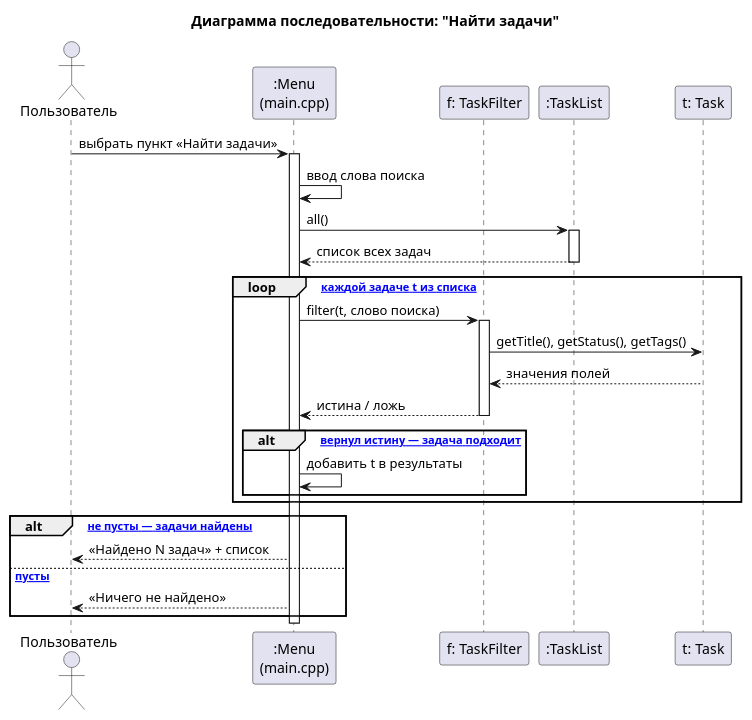
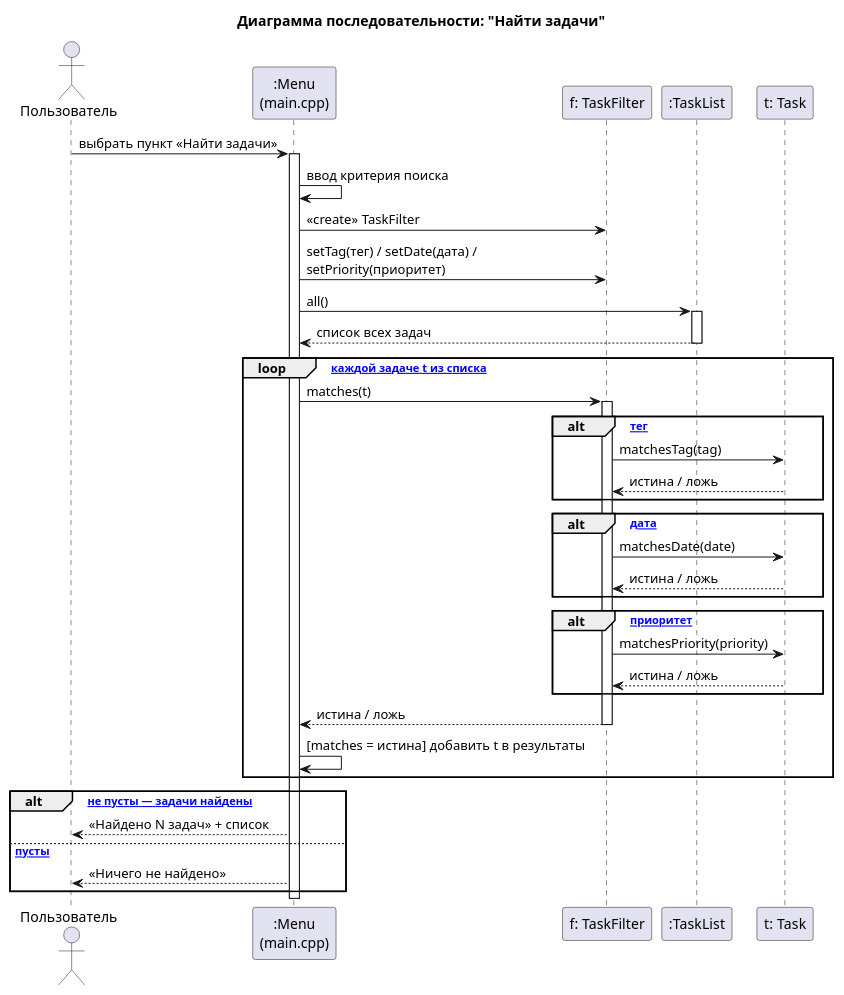
The diagram in docs/uml/04_seq_search.puml (Ruslan1209/TaskFlow), drawn with PlantUML before and after one commit.

```diff
--- a/docs/uml/04_seq_search.puml
+++ b/docs/uml/04_seq_search.puml
@@ -1,38 +1,47 @@
 @startuml 04_seq_search
 title Диаграмма последовательности: "Найти задачи"
 
 actor Пользователь as U
 participant ":Menu\n(main.cpp)" as M
 participant "f: TaskFilter" as F
 participant ":TaskList" as L
 participant "t: Task" as T
 
-
 U -> M : выбрать пункт «Найти задачи»
 activate M
-M -> M : ввод слова поиска
+M -> M : ввод критерия поиска
+M -> F : <<create>> TaskFilter
+M -> F : setTag(тег) / setDate(дата) /\nsetPriority(приоритет)
 
 M -> L : all()
 activate L
 L --> M : список всех задач
 deactivate L
 
 loop [по каждой задаче t из списка]
-  M -> F : filter(t, слово поиска)
+  M -> F : matches(t)
   activate F
-  F -> T : getTitle(), getStatus(), getTags()
-  T --> F : значения полей
+  alt [задан тег]
+    F -> T : matchesTag(tag)
+    T --> F : истина / ложь
+  end
+  alt [задана дата]
+    F -> T : matchesDate(date)
+    T --> F : истина / ложь
+  end
+  alt [задан приоритет]
+    F -> T : matchesPriority(priority)
+    T --> F : истина / ложь
+  end
   F --> M : истина / ложь
   deactivate F
-  alt [фильтр вернул истину — задача подходит]
-    M -> M : добавить t в результаты
-  end
+  M -> M : [matches = истина] добавить t в результаты
 end
 
 alt [результаты не пусты — задачи найдены]
   M --> U : «Найдено N задач» + список
 else [результаты пусты]
   M --> U : «Ничего не найдено»
 end
 deactivate M
 @enduml
```
